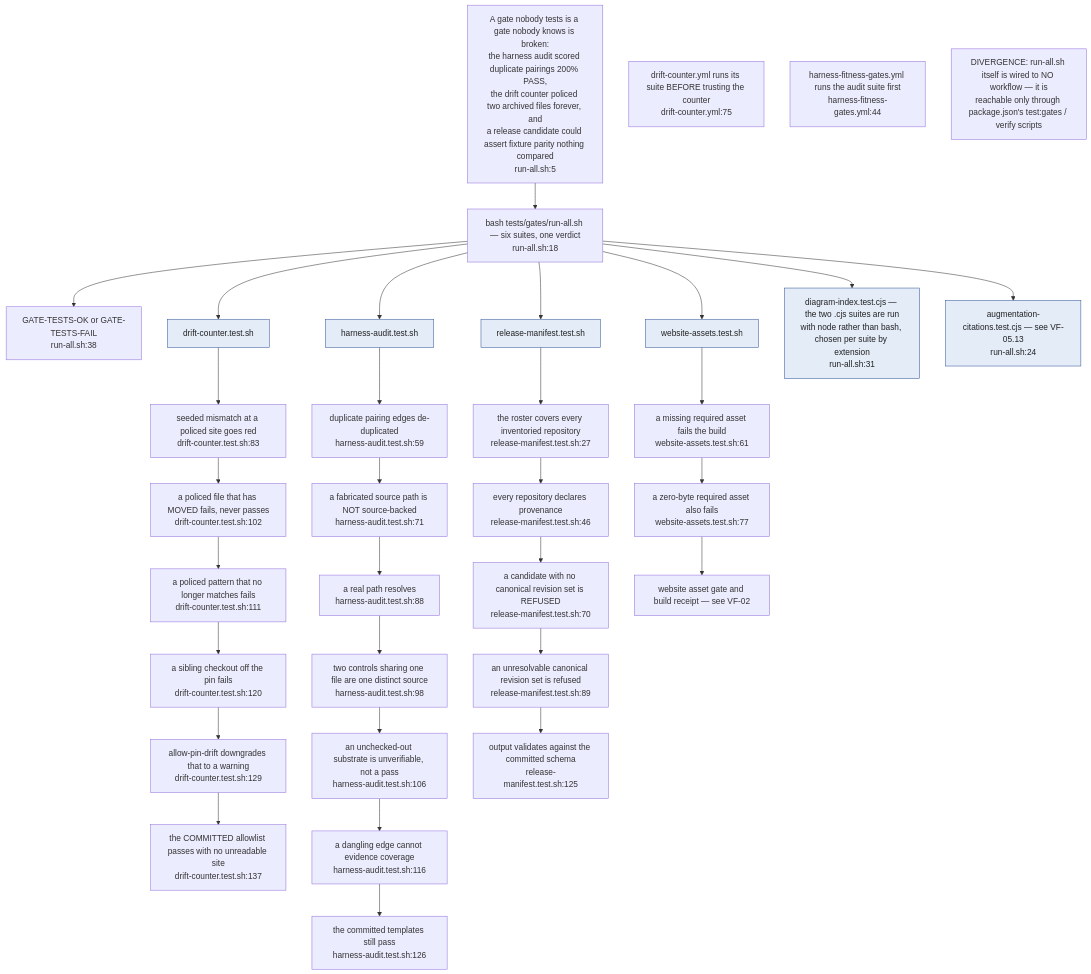
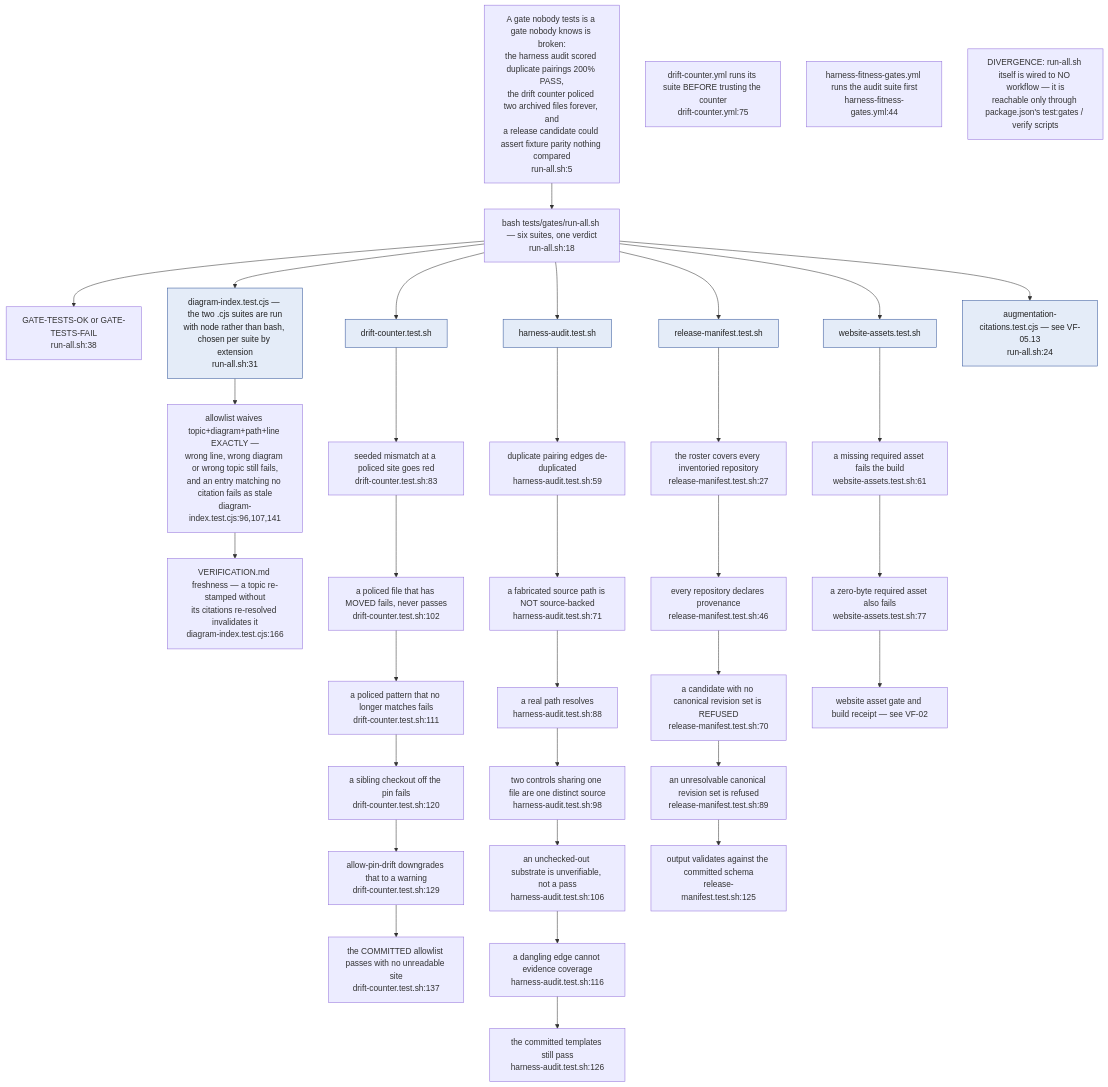
The tenth of 12 diagrams in docs/diagrams/visionflow/05-governance-gates.md (DreamLab-AI/VisionFlow), drawn with Mermaid before and after one commit. The commit also changed other lines of this file and 136 other files, not shown here.

First line of the commit message:
docs(diagrams): refresh the whole corpus to code HEAD and prune low-value diagrams

````diff
--- a/docs/diagrams/visionflow/05-governance-gates.md
+++ b/docs/diagrams/visionflow/05-governance-gates.md
@@ -430,45 +427,48 @@
 ```mermaid
 flowchart TB
     classDef suite fill:#e4ecf8,stroke:#33559a,color:#222
 
     WHY["A gate nobody tests is a gate nobody knows is broken:<br/>the harness audit scored duplicate pairings 200% PASS,<br/>the drift counter policed two archived files forever, and<br/>a release candidate could assert fixture parity nothing compared<br/>run-all.sh:5"]
 
     WHY --> RUN["bash tests/gates/run-all.sh — six suites, one verdict<br/>run-all.sh:18"]
     RUN --> PRINT["GATE-TESTS-OK or GATE-TESTS-FAIL<br/>run-all.sh:38"]
 
     RUN --> S1["drift-counter.test.sh"]:::suite
     RUN --> S2["harness-audit.test.sh"]:::suite
     RUN --> S3["release-manifest.test.sh"]:::suite
     RUN --> S4["website-assets.test.sh"]:::suite
     RUN --> S5["diagram-index.test.cjs — the two .cjs suites are run<br/>with node rather than bash, chosen per suite by extension<br/>run-all.sh:31"]:::suite
     RUN --> S6["augmentation-citations.test.cjs — see VF-05.13<br/>run-all.sh:24"]:::suite
+
+    S5 --> DI1["allowlist waives topic+diagram+path+line EXACTLY —<br/>wrong line, wrong diagram or wrong topic still fails,<br/>and an entry matching no citation fails as stale<br/>diagram-index.test.cjs:96,107,141"]
+    DI1 --> DI2["VERIFICATION.md freshness — a topic re-stamped without<br/>its citations re-resolved invalidates it<br/>diagram-index.test.cjs:166"]
 
     S1 --> D1["seeded mismatch at a policed site goes red<br/>drift-counter.test.sh:83"]
     D1 --> D2["a policed file that has MOVED fails, never passes<br/>drift-counter.test.sh:102"]
     D2 --> D3["a policed pattern that no longer matches fails<br/>drift-counter.test.sh:111"]
     D3 --> D4["a sibling checkout off the pin fails<br/>drift-counter.test.sh:120"]
     D4 --> D5["allow-pin-drift downgrades that to a warning<br/>drift-counter.test.sh:129"]
     D5 --> D6["the COMMITTED allowlist passes with no unreadable site<br/>drift-counter.test.sh:137"]
 
     S2 --> H1["duplicate pairing edges de-duplicated<br/>harness-audit.test.sh:59"]
     H1 --> H2["a fabricated source path is NOT source-backed<br/>harness-audit.test.sh:71"]
     H2 --> H3["a real path resolves<br/>harness-audit.test.sh:88"]
     H3 --> H4["two controls sharing one file are one distinct source<br/>harness-audit.test.sh:98"]
     H4 --> H5["an unchecked-out substrate is unverifiable, not a pass<br/>harness-audit.test.sh:106"]
     H5 --> H6["a dangling edge cannot evidence coverage<br/>harness-audit.test.sh:116"]
     H6 --> H7["the committed templates still pass<br/>harness-audit.test.sh:126"]
 
     S3 --> R1["the roster covers every inventoried repository<br/>release-manifest.test.sh:27"]
     R1 --> R2["every repository declares provenance<br/>release-manifest.test.sh:46"]
     R2 --> R3["a candidate with no canonical revision set is REFUSED<br/>release-manifest.test.sh:70"]
     R3 --> R4["an unresolvable canonical revision set is refused<br/>release-manifest.test.sh:89"]
     R4 --> R5["output validates against the committed schema<br/>release-manifest.test.sh:125"]
 
     S4 --> W1["a missing required asset fails the build<br/>website-assets.test.sh:61"]
     W1 --> W2["a zero-byte required asset also fails<br/>website-assets.test.sh:77"]
     W2 --> WX["website asset gate and build receipt — see VF-02"]
 
     CI1["drift-counter.yml runs its suite BEFORE trusting the counter<br/>drift-counter.yml:75"]
     CI2["harness-fitness-gates.yml runs the audit suite first<br/>harness-fitness-gates.yml:44"]
     CI3["DIVERGENCE: run-all.sh itself is wired to NO workflow — it is<br/>reachable only through package.json's test:gates / verify scripts"]
 ```
````
